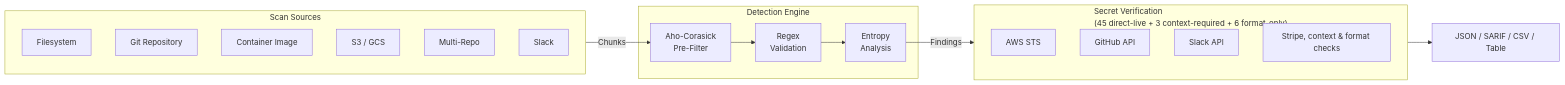
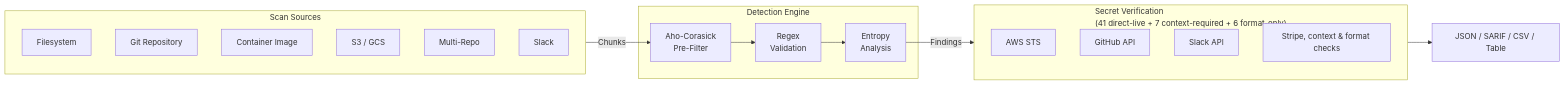
Before and after one commit to cemililik/Leakwatch: the first of 4 diagrams in docs/guides/getting-started.md, drawn with Mermaid. The commit also changed other lines of this file and 43 other files, not shown here.

````diff
--- a/docs/guides/getting-started.md
+++ b/docs/guides/getting-started.md
@@ -22,30 +22,30 @@
 ```mermaid
 flowchart LR
     subgraph Sources["Scan Sources"]
         S1["Filesystem"]
         S2["Git Repository"]
         S3["Container Image"]
         S4["S3 / GCS"]
         S5["Multi-Repo"]
         S6["Slack"]
     end
 
     subgraph Engine["Detection Engine"]
         E1["Aho-Corasick\nPre-Filter"]
         E2["Regex\nValidation"]
         E3["Entropy\nAnalysis"]
     end
 
-    subgraph Verification["Secret Verification\n(45 direct-live + 3 context-required + 6 format-only)"]
+    subgraph Verification["Secret Verification\n(41 direct-live + 7 context-required + 6 format-only)"]
         V1["AWS STS"]
         V2["GitHub API"]
         V3["Slack API"]
         V4["Stripe, context & format checks"]
     end
 
     Sources -->|Chunks| E1
     E1 --> E2
     E2 --> E3
     E3 -->|Findings| Verification
     Verification --> Output["JSON / SARIF / CSV / Table"]
 ```
````
